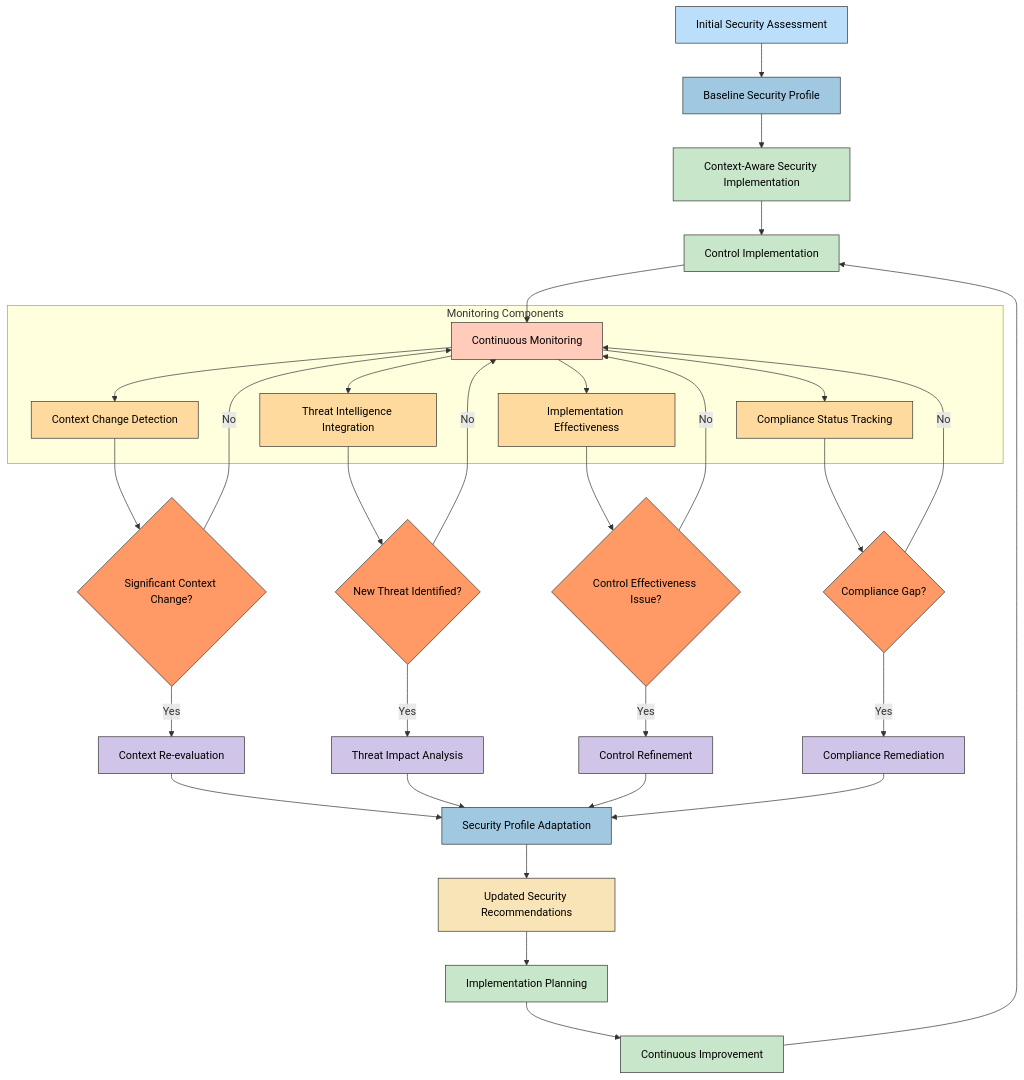
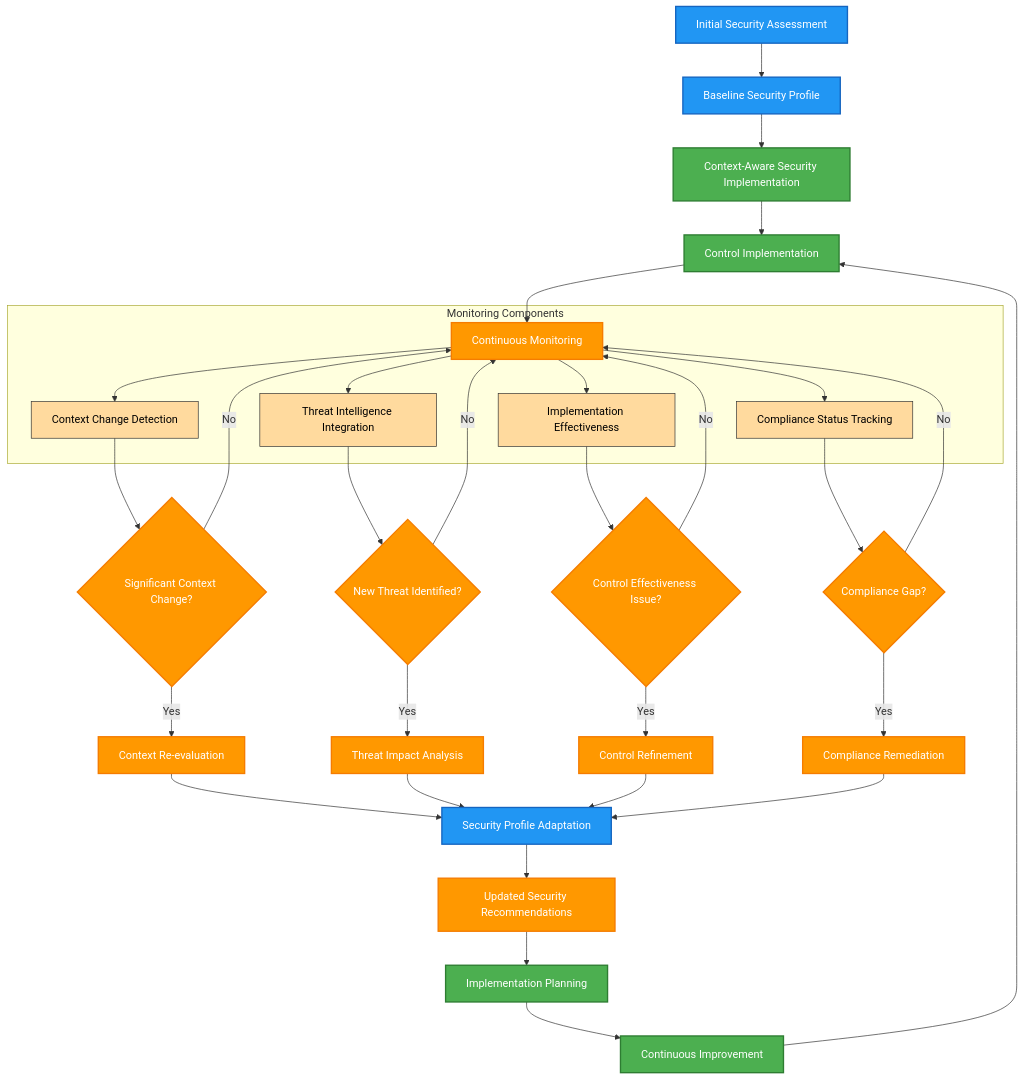
Before and after one commit to Hack23/cia-compliance-manager: the third of 15 diagrams in docs/architecture/FUTURE_FLOWCHART.md, drawn with Mermaid. The commit also changed other lines of this file and 18 other files, not shown here.

First line of the commit message:
style: update all classDef colors to ISMS style guide palette and fix quadrant charts

````diff
--- a/docs/architecture/FUTURE_FLOWCHART.md
+++ b/docs/architecture/FUTURE_FLOWCHART.md
@@ -205,59 +205,59 @@
 ```mermaid
 flowchart TD
     A[Initial Security Assessment] --> B[Baseline Security Profile]
     B --> C[Context-Aware Security Implementation]
     
     C --> D[Control Implementation]
     D --> E[Continuous Monitoring]
     
     subgraph "Monitoring Components"
         E --> F1[Context Change Detection]
         E --> F2[Threat Intelligence Integration]
         E --> F3[Implementation Effectiveness]
         E --> F4[Compliance Status Tracking]
     end
     
     F1 --> G{Significant Context Change?}
     G -->|Yes| H1[Context Re-evaluation]
     G -->|No| E
     
     F2 --> I{New Threat Identified?}
     I -->|Yes| H2[Threat Impact Analysis]
     I -->|No| E
     
     F3 --> J{Control Effectiveness Issue?}
     J -->|Yes| H3[Control Refinement]
     J -->|No| E
     
     F4 --> K{Compliance Gap?}
     K -->|Yes| H4[Compliance Remediation]
     K -->|No| E
     
     H1 --> L[Security Profile Adaptation]
     H2 --> L
     H3 --> L
     H4 --> L
     
     L --> M[Updated Security Recommendations]
     M --> N[Implementation Planning]
     N --> O[Continuous Improvement]
     O --> D
 
-    classDef start fill:#bbdefb,stroke:#333,stroke-width:1px,color:black
-    classDef profile fill:#a0c8e0,stroke:#333,stroke-width:1px,color:black
-    classDef implement fill:#c8e6c9,stroke:#333,stroke-width:1px,color:black
-    classDef monitor fill:#ffccbc,stroke:#333,stroke-width:1px,color:black
+    classDef start fill:#2196F3,stroke:#1565C0,stroke-width:2px,color:#ffffff
+    classDef profile fill:#2196F3,stroke:#1565C0,stroke-width:2px,color:#ffffff
+    classDef implement fill:#4CAF50,stroke:#2E7D32,stroke-width:2px,color:#ffffff
+    classDef monitor fill:#FF9800,stroke:#F57C00,stroke-width:2px,color:#ffffff
     classDef monTypes fill:#ffda9e,stroke:#333,stroke-width:1px,color:black
-    classDef decision fill:#ff9966,stroke:#333,stroke-width:1px,color:black
-    classDef analysis fill:#d1c4e9,stroke:#333,stroke-width:1px,color:black
-    classDef update fill:#f9e4b7,stroke:#333,stroke-width:1px,color:black
+    classDef decision fill:#FF9800,stroke:#F57C00,stroke-width:2px,color:#ffffff
+    classDef analysis fill:#FF9800,stroke:#F57C00,stroke-width:2px,color:#ffffff
+    classDef update fill:#FF9800,stroke:#F57C00,stroke-width:2px,color:#ffffff
     
     class A start
     class B,L profile
     class C,D,N,O implement
     class E monitor
     class F1,F2,F3,F4 monTypes
     class G,I,J,K decision
     class H1,H2,H3,H4 analysis
     class M update
 ```
````
